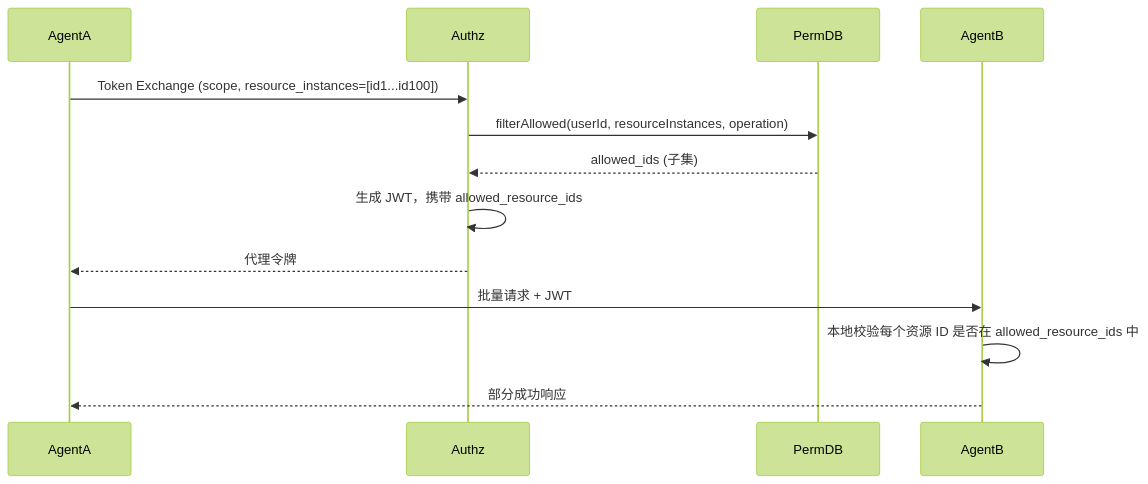
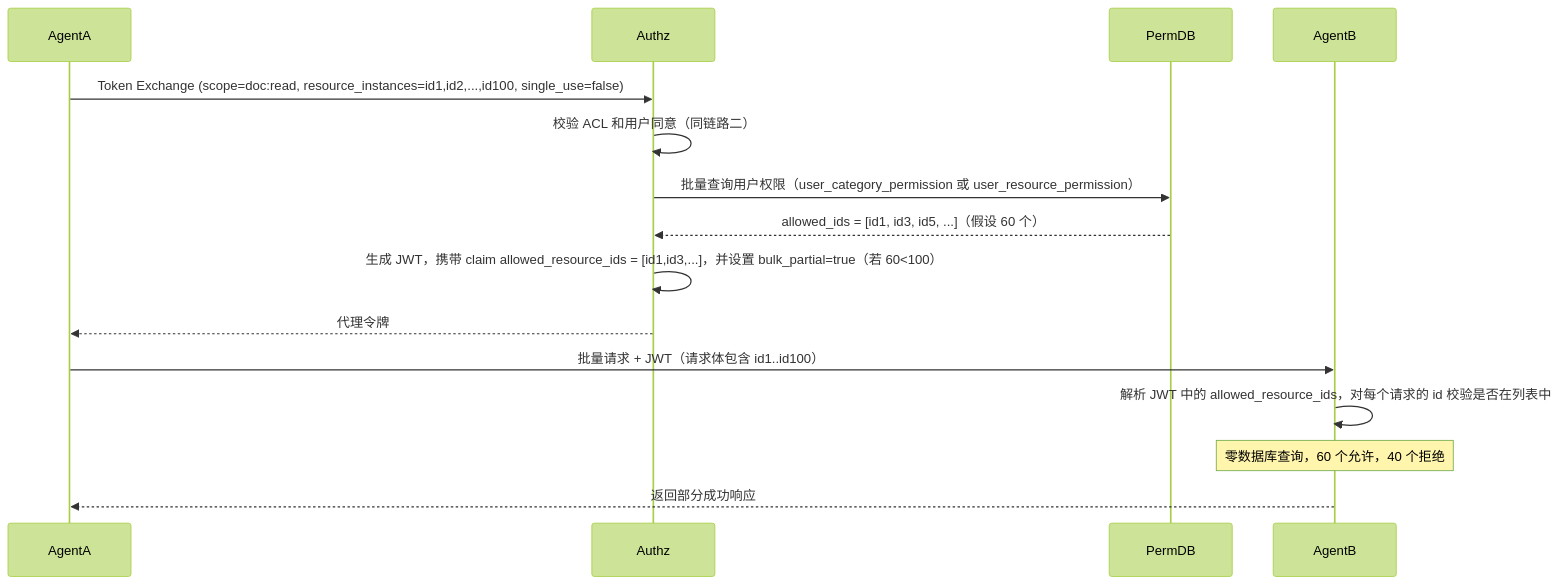
Before and after one commit to latcn/developer-knowledge: the third of 4 diagrams in security/A2A 权限系统架构设计文档.md, drawn with Mermaid (forest theme). The commit also changed other lines of this file, not shown here.

````diff
--- a/security/A2A 权限系统架构设计文档.md
+++ b/security/A2A 权限系统架构设计文档.md
@@ -1231,16 +939,18 @@
 ```mermaid
 sequenceDiagram
     participant AgentA
     participant Authz
     participant PermDB
     participant AgentB
 
-    AgentA->>Authz: Token Exchange (scope, resource_instances=[id1...id100])
-    Authz->>PermDB: filterAllowed(userId, resourceInstances, operation)
-    PermDB-->>Authz: allowed_ids (子集)
-    Authz->>Authz: 生成 JWT，携带 allowed_resource_ids
+    AgentA->>Authz: Token Exchange (scope=doc:read, resource_instances=id1,id2,...,id100, single_use=false)
+    Authz->>Authz: 校验 ACL 和用户同意（同链路二）
+    Authz->>PermDB: 批量查询用户权限（user_category_permission 或 user_resource_permission）
+    PermDB-->>Authz: allowed_ids = [id1, id3, id5, ...]（假设 60 个）
+    Authz->>Authz: 生成 JWT，携带 claim allowed_resource_ids = [id1,id3,...]，并设置 bulk_partial=true（若 60<100）
     Authz-->>AgentA: 代理令牌
-    AgentA->>AgentB: 批量请求 + JWT
-    AgentB->>AgentB: 本地校验每个资源 ID 是否在 allowed_resource_ids 中
-    AgentB-->>AgentA: 部分成功响应
+    AgentA->>AgentB: 批量请求 + JWT（请求体包含 id1..id100）
+    AgentB->>AgentB: 解析 JWT 中的 allowed_resource_ids，对每个请求的 id 校验是否在列表中
+    Note over AgentB: 零数据库查询，60 个允许，40 个拒绝
+    AgentB-->>AgentA: 返回部分成功响应
 ```
````
